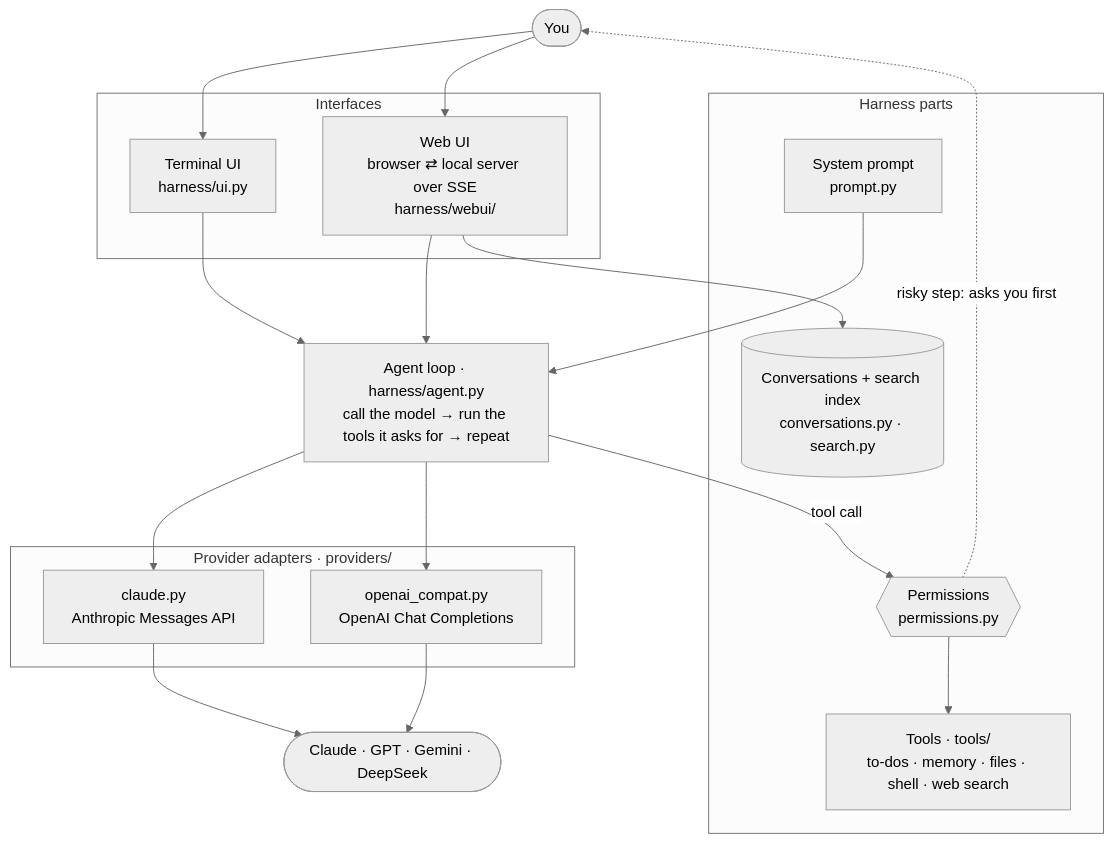
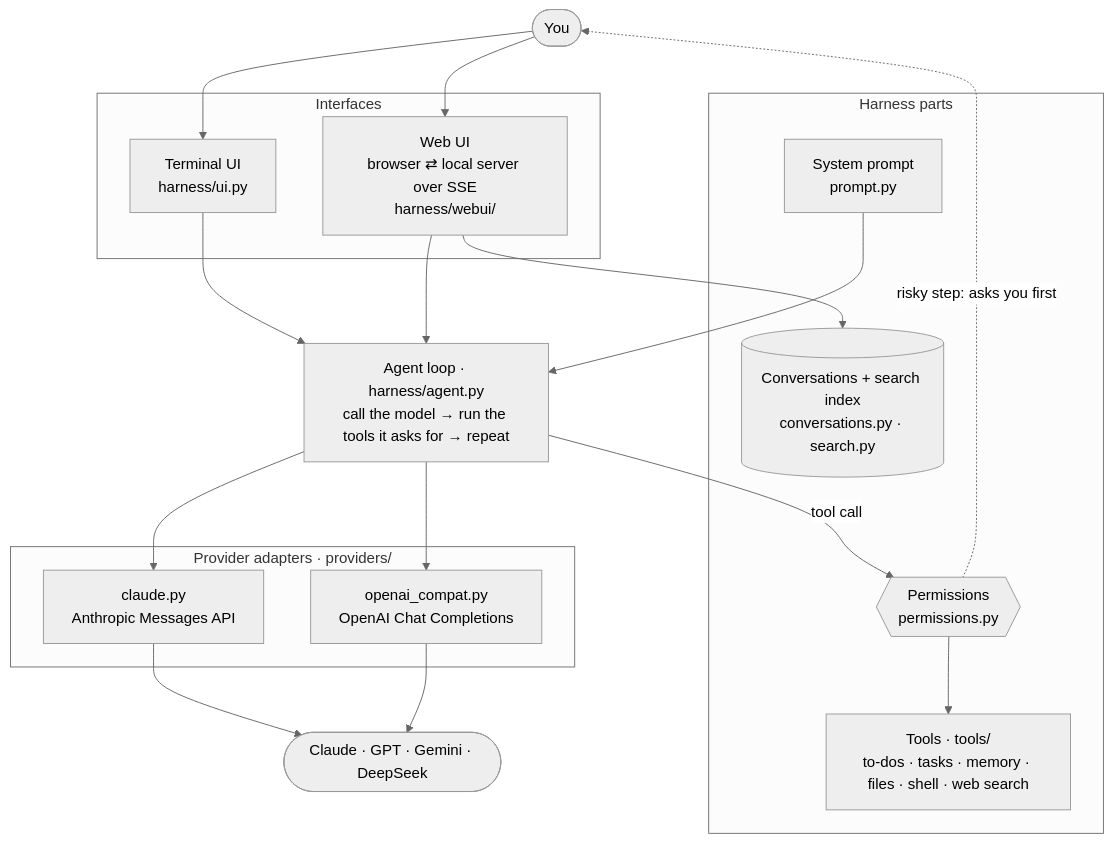
Before and after one commit to Akxan/zhifox-agent-harness: the first of 2 diagrams in README.md, drawn with Mermaid (neutral theme). The commit also changed other lines of this file and 21 other files, not shown here.

````diff
--- a/README.md
+++ b/README.md
@@ -101,39 +106,39 @@
 ```mermaid
 flowchart TB
     you(["You"])
 
     subgraph ui ["Interfaces"]
         term["Terminal UI<br/>harness/ui.py"]
         web["Web UI<br/>browser ⇄ local server over SSE<br/>harness/webui/"]
     end
 
     agent["Agent loop · harness/agent.py<br/>call the model → run the tools it asks for → repeat"]
 
     subgraph parts ["Harness parts"]
         prompt["System prompt<br/>prompt.py"]
         perms{{"Permissions<br/>permissions.py"}}
-        tools["Tools · tools/<br/>to-dos · memory · files · shell · web search"]
+        tools["Tools · tools/<br/>to-dos · tasks · memory · files · shell · web search"]
         store[("Conversations + search index<br/>conversations.py · search.py")]
     end
 
     subgraph providers ["Provider adapters · providers/"]
         claude["claude.py<br/>Anthropic Messages API"]
         compat["openai_compat.py<br/>OpenAI Chat Completions"]
     end
 
     apis(["Claude · GPT · Gemini · DeepSeek"])
 
     you --> term
     you --> web
     term --> agent
     web --> agent
     web --> store
     prompt --> agent
     agent --> claude
     agent --> compat
     claude --> apis
     compat --> apis
     agent -->|"tool call"| perms
     perms -.->|"risky step: asks you first"| you
     perms --> tools
 ```
````
